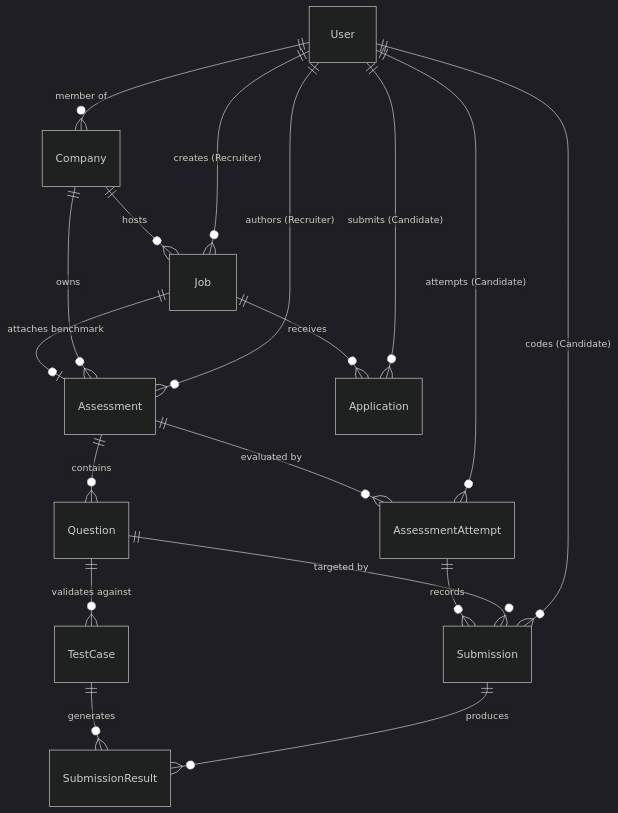
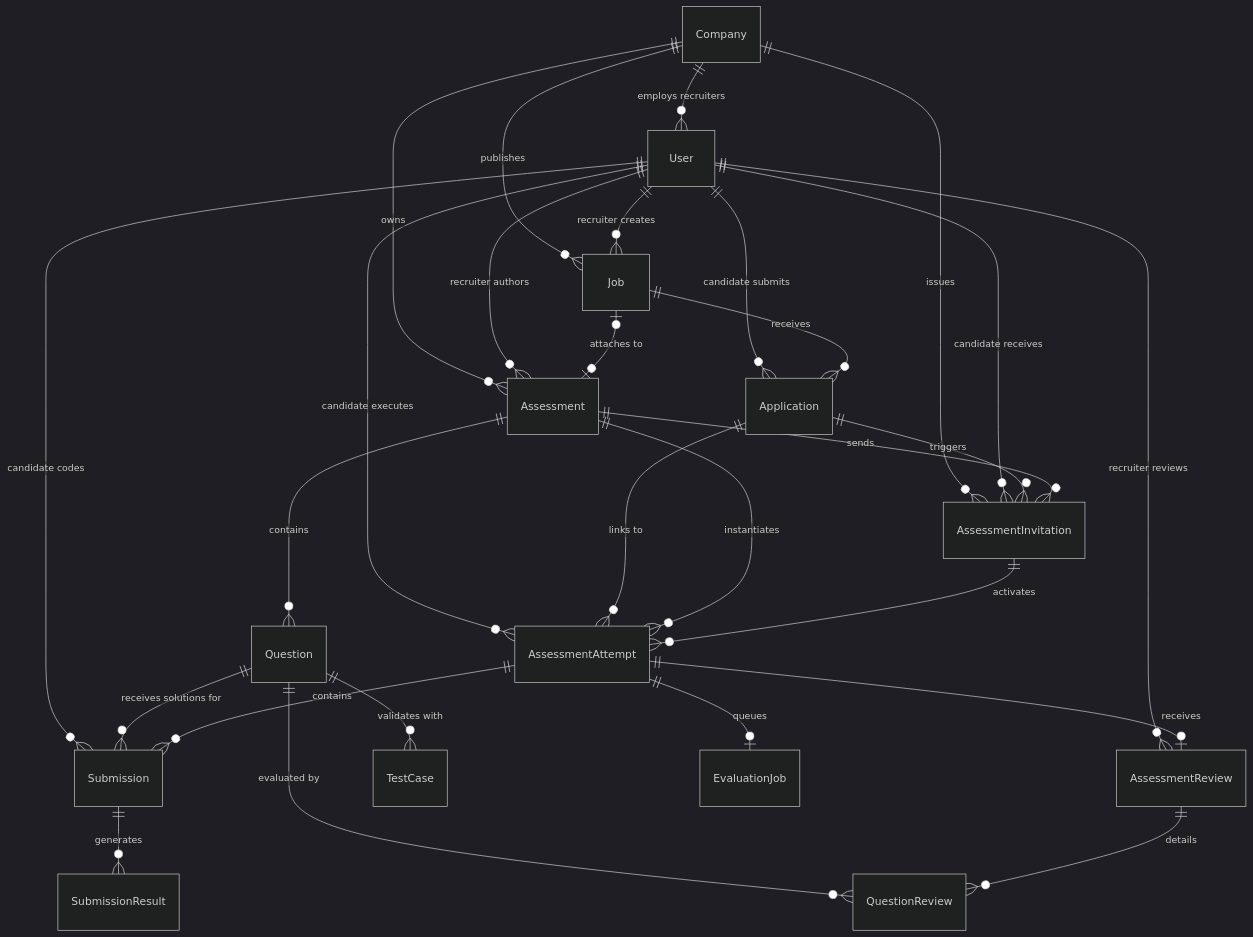
The second of 3 diagrams in README.md (abishekruban24/devhire), drawn with Mermaid (dark theme) before and after one commit. The commit also changed other lines of this file and 24 other files, not shown here.

Commit message:
docs(phase-8): comprehensive technical documentation, architecture diagrams, live benchmarks, and placement guide

````diff
--- a/README.md
+++ b/README.md
@@ -167,25 +71,39 @@
 ```mermaid
 erDiagram
-    User ||--o{ Company : "member of"
-    User ||--o{ Job : "creates (Recruiter)"
-    User ||--o{ Assessment : "authors (Recruiter)"
-    User ||--o{ Application : "submits (Candidate)"
-    User ||--o{ AssessmentAttempt : "attempts (Candidate)"
-    User ||--o{ Submission : "codes (Candidate)"
+    Company ||--o{ User : "employs recruiters"
+    Company ||--o{ Job : "publishes"
+    Company ||--o{ Assessment : "owns"
+    Company ||--o{ AssessmentInvitation : "issues"
 
-    Company ||--o{ Job : "hosts"
-    Company ||--o{ Assessment : "owns"
+    User ||--o{ Job : "recruiter creates"
+    User ||--o{ Assessment : "recruiter authors"
+    User ||--o{ Application : "candidate submits"
+    User ||--o{ AssessmentInvitation : "candidate receives"
+    User ||--o{ AssessmentAttempt : "candidate executes"
+    User ||--o{ Submission : "candidate codes"
+    User ||--o{ AssessmentReview : "recruiter reviews"
 
     Job ||--o{ Application : "receives"
-    Job ||--o| Assessment : "attaches benchmark"
+    Job |o--o| Assessment : "attaches to"
+
+    Application ||--o{ AssessmentInvitation : "triggers"
+    Application ||--o{ AssessmentAttempt : "links to"
 
     Assessment ||--o{ Question : "contains"
-    Assessment ||--o{ AssessmentAttempt : "evaluated by"
+    Assessment ||--o{ AssessmentInvitation : "sends"
+    Assessment ||--o{ AssessmentAttempt : "instantiates"
 
-    Question ||--o{ TestCase : "validates against"
-    Question ||--o{ Submission : "targeted by"
+    Question ||--o{ TestCase : "validates with"
+    Question ||--o{ Submission : "receives solutions for"
+    Question ||--o{ QuestionReview : "evaluated by"
 
-    AssessmentAttempt ||--o{ Submission : "records"
-    Submission ||--o{ SubmissionResult : "produces"
-    TestCase ||--o{ SubmissionResult : "generates"
+    AssessmentInvitation ||--o{ AssessmentAttempt : "activates"
+
+    AssessmentAttempt ||--o{ Submission : "contains"
+    AssessmentAttempt ||--o| EvaluationJob : "queues"
+    AssessmentAttempt ||--o| AssessmentReview : "receives"
+
+    Submission ||--o{ SubmissionResult : "generates"
+
+    AssessmentReview ||--o{ QuestionReview : "details"
 ```
````
